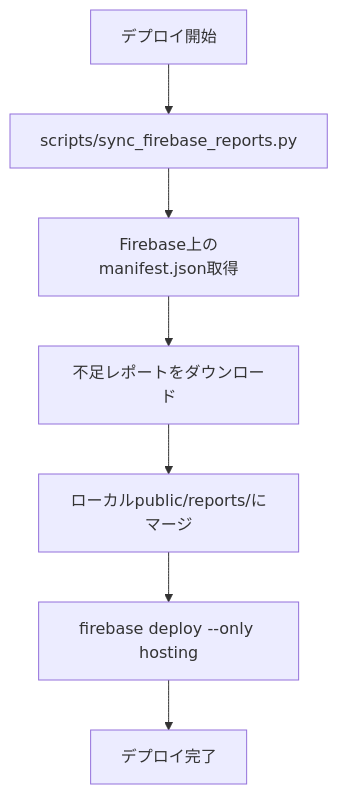
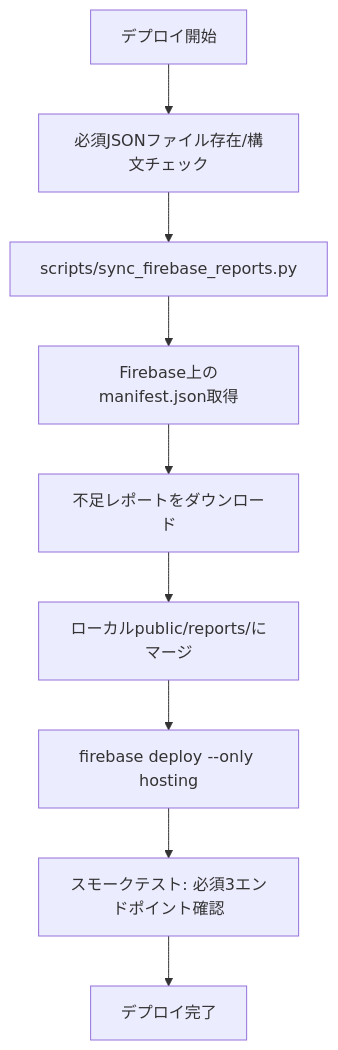
The first of 3 diagrams in docs/04_operations/deployment.md (igrekplus/football-delay-watching), drawn with Mermaid before and after one commit. The commit also changed other lines of this file and 7 other files, not shown here.

First line of the commit message:
feat(#216): harden firebase hosting deploy flow

````diff
--- a/docs/04_operations/deployment.md
+++ b/docs/04_operations/deployment.md
@@ -42,9 +53,11 @@
 ```mermaid
 flowchart TD
-    A[デプロイ開始] --> B[scripts/sync_firebase_reports.py]
-    B --> C[Firebase上のmanifest.json取得]
-    C --> D[不足レポートをダウンロード]
-    D --> E[ローカルpublic/reports/にマージ]
-    E --> F[firebase deploy --only hosting]
-    F --> G[デプロイ完了]
+    A[デプロイ開始] --> B[必須JSONファイル存在/構文チェック]
+    B --> C[scripts/sync_firebase_reports.py]
+    C --> D[Firebase上のmanifest.json取得]
+    D --> E[不足レポートをダウンロード]
+    E --> F[ローカルpublic/reports/にマージ]
+    F --> G[firebase deploy --only hosting]
+    G --> H[スモークテスト: 必須3エンドポイント確認]
+    H --> I[デプロイ完了]
 ```
````
